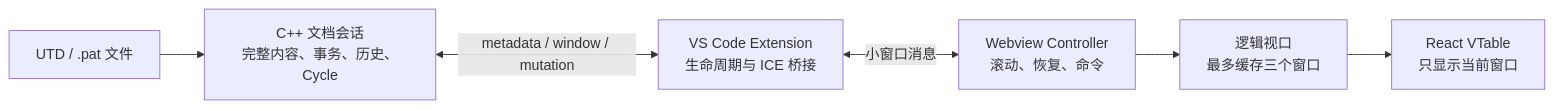
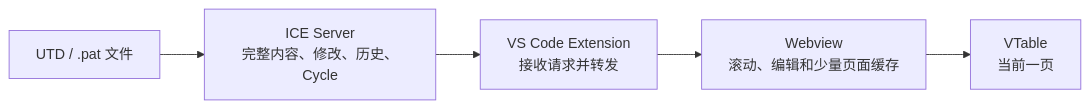
Before and after one commit to a306796405/huge-vtable: the third of 14 diagrams in docs/v22-lite-markdown-technical-solution.md, drawn with Mermaid. The commit also changed other lines of this file and 2 other files, not shown here.

Commit message:
docs: rewrite pattern solution for frontend and ice server

````diff
--- a/docs/v22-lite-markdown-technical-solution.md
+++ b/docs/v22-lite-markdown-technical-solution.md
@@ -142,8 +159,7 @@
 ```mermaid
 flowchart LR
-    Disk["UTD / .pat 文件"] --> Session["C++ 文档会话<br/>完整内容、事务、历史、Cycle"]
-    Session <-->|"metadata / window / mutation"| Extension["VS Code Extension<br/>生命周期与 ICE 桥接"]
-    Extension <-->|"小窗口消息"| Webview["Webview Controller<br/>滚动、恢复、命令"]
-    Webview --> Runtime["逻辑视口<br/>最多缓存三个窗口"]
-    Runtime --> VTable["React VTable<br/>只显示当前窗口"]
+    A["UTD / .pat 文件"] --> B["ICE Server<br/>完整内容、修改、历史、Cycle"]
+    B --> C["VS Code Extension<br/>接收请求并转发"]
+    C --> D["Webview<br/>滚动、编辑和少量页面缓存"]
+    D --> E["VTable<br/>当前一页"]
 ```
````
